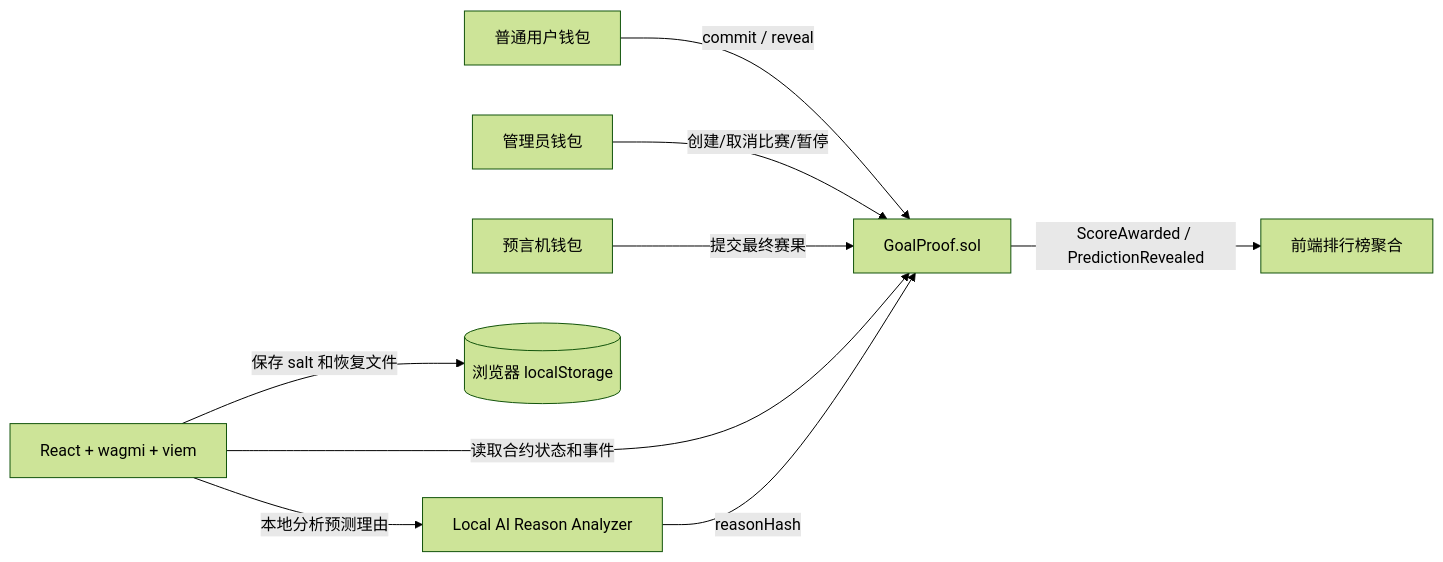
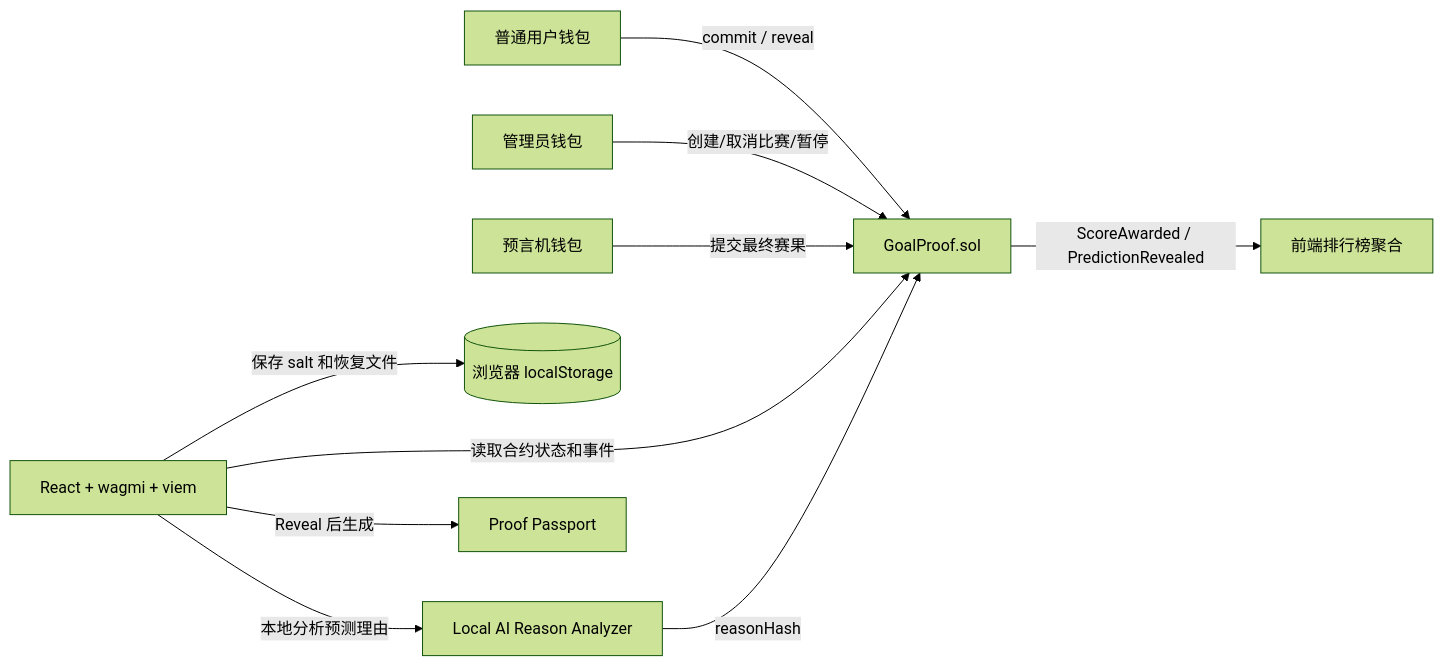
Before and after one commit to actmaoweihao/GoalProof_WD_CUP: the first of 2 diagrams in docs/ARCHITECTURE.md, drawn with Mermaid (forest theme). The commit also changed other lines of this file and 13 other files, not shown here.

````diff
--- a/docs/ARCHITECTURE.md
+++ b/docs/ARCHITECTURE.md
@@ -7,11 +7,12 @@
 ```mermaid
 flowchart LR
   User[普通用户钱包] -->|commit / reveal| Contract[GoalProof.sol]
   Admin[管理员钱包] -->|创建/取消比赛/暂停| Contract
   Oracle[预言机钱包] -->|提交最终赛果| Contract
   Frontend[React + wagmi + viem] -->|读取合约状态和事件| Contract
   Frontend -->|保存 salt 和恢复文件| Local[(浏览器 localStorage)]
   Frontend -->|本地分析预测理由| AI[Local AI Reason Analyzer]
   AI -->|reasonHash| Contract
+  Frontend -->|Reveal 后生成| Passport[Proof Passport]
   Contract -->|ScoreAwarded / PredictionRevealed| Board[前端排行榜聚合]
 ```
````
